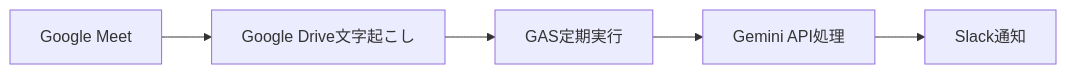
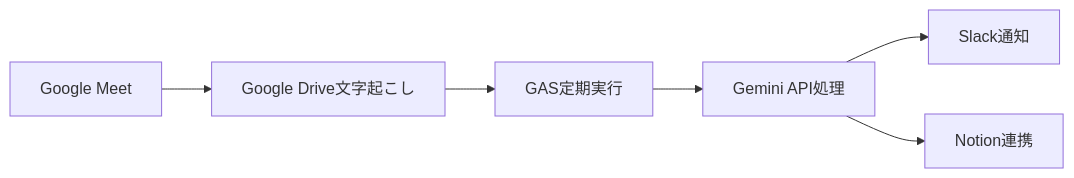
The first of 2 diagrams in docs/architecture.md (PenPeen/minutes-analyzer), drawn with Mermaid before and after one commit. The commit also changed other lines of this file and 2 other files, not shown here.

````diff
--- a/docs/architecture.md
+++ b/docs/architecture.md
@@ -24,7 +24,8 @@
 ```mermaid
 graph LR
     A[Google Meet] --> B[Google Drive文字起こし]
     B --> C[GAS定期実行]
     C --> D[Gemini API処理]
     D --> E[Slack通知]
+    D --> F[Notion連携]
 ```
````
